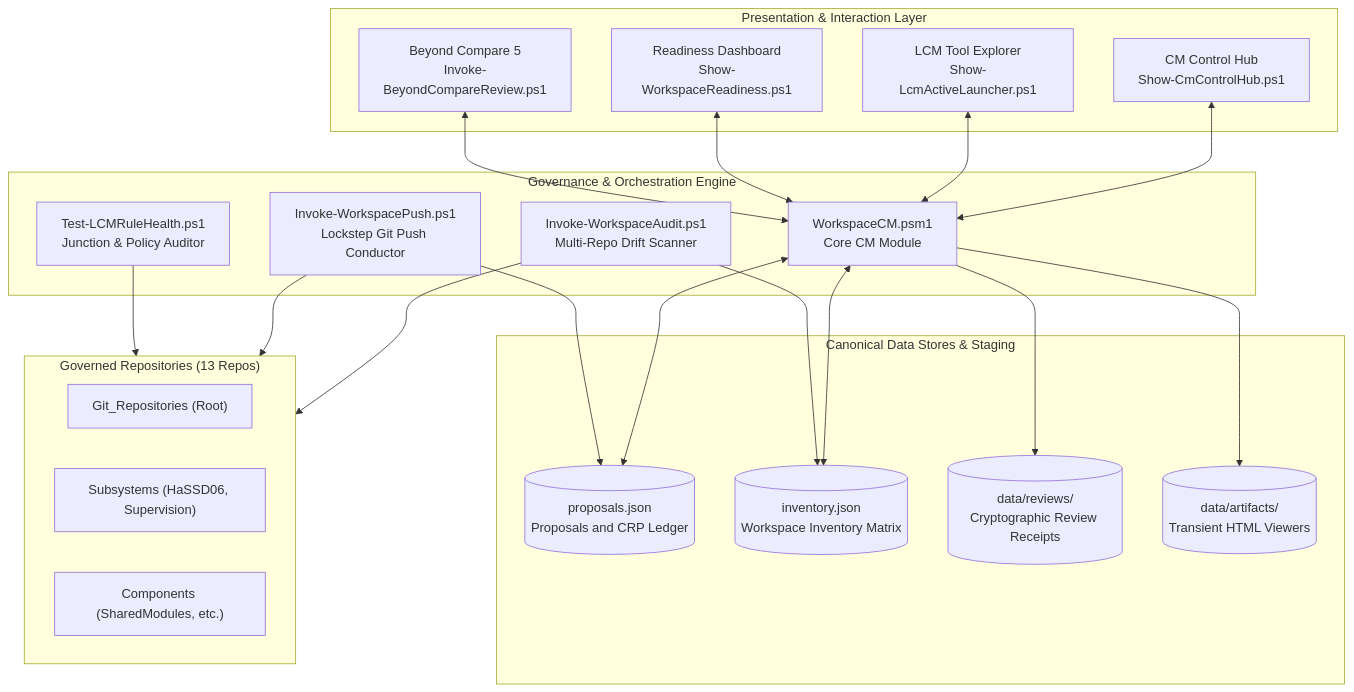
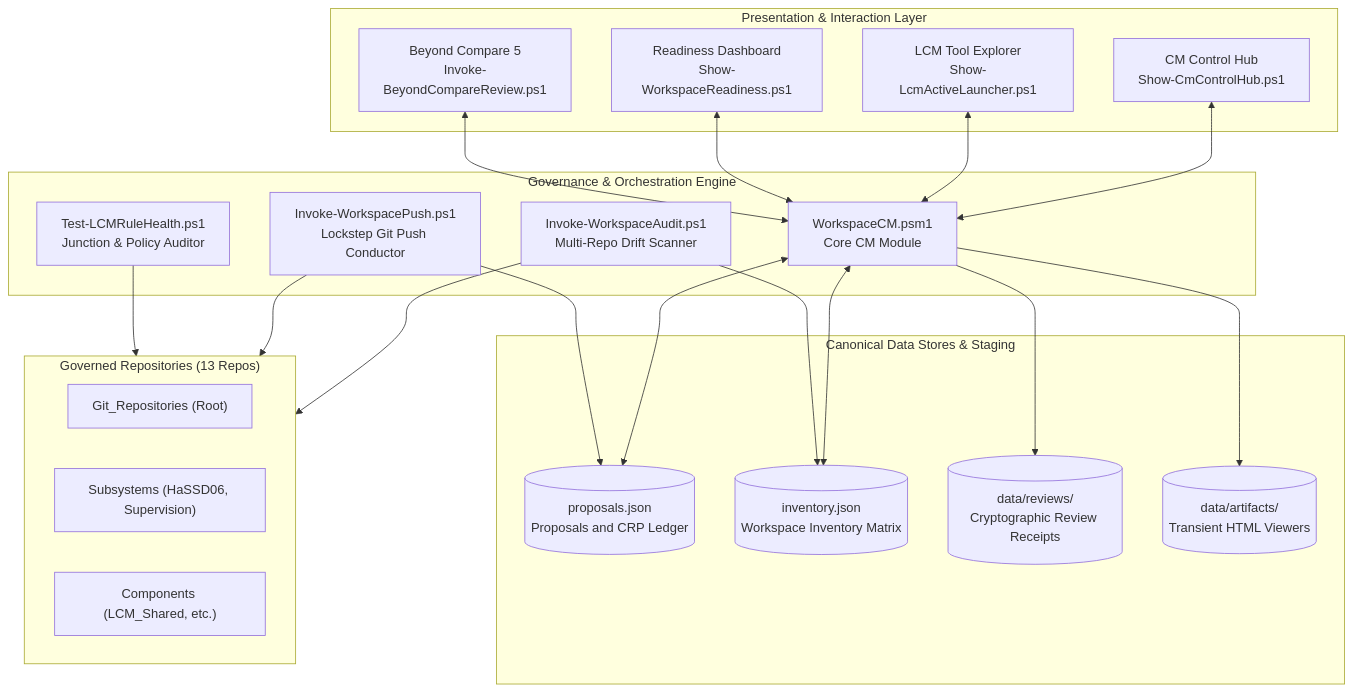
Before and after one commit to rgbigel/LCM_Inventory: the first of 4 diagrams in docs/Architecture.md, drawn with Mermaid. The commit also changed other lines of this file and 363 other files, not shown here.

````diff
--- a/docs/Architecture.md
+++ b/docs/Architecture.md
@@ -22,46 +22,46 @@
 ```mermaid
 graph TB
     subgraph UI_Layer["Presentation & Interaction Layer"]
         CM_HUB["CM Control Hub<br/>Show-CmControlHub.ps1"]
         TOOL_EXP["LCM Tool Explorer<br/>Show-LcmActiveLauncher.ps1"]
         READINESS_UI["Readiness Dashboard<br/>Show-WorkspaceReadiness.ps1"]
         BC_GATE["Beyond Compare 5<br/>Invoke-BeyondCompareReview.ps1"]
     end
 
     subgraph Control_Layer["Governance & Orchestration Engine"]
         CM_MOD["WorkspaceCM.psm1<br/>Core CM Module"]
         AUDIT_ENG["Invoke-WorkspaceAudit.ps1<br/>Multi-Repo Drift Scanner"]
         PUSH_ENG["Invoke-WorkspacePush.ps1<br/>Lockstep Git Push Conductor"]
         HEALTH_ENG["Test-LCMRuleHealth.ps1<br/>Junction & Policy Auditor"]
     end
 
     subgraph Persistence_Layer["Canonical Data Stores & Staging"]
         PROP_LEDGER[("proposals.json<br/>Proposals and CRP Ledger")]
         INV_LEDGER[("inventory.json<br/>Workspace Inventory Matrix")]
         REV_RECEIPTS[("data/reviews/<br/>Cryptographic Review Receipts")]
         ARTIFACTS[("data/artifacts/<br/>Transient HTML Viewers")]
     end
 
     subgraph Governed_Space["Governed Repositories (13 Repos)"]
         REPO_ROOT["Git_Repositories (Root)"]
         REPO_SUBS["Subsystems (HaSSD06, Supervision)"]
-        REPO_COMPS["Components (SharedModules, etc.)"]
+        REPO_COMPS["Components (LCM_Shared, etc.)"]
     end
 
     CM_HUB <--> CM_MOD
     TOOL_EXP <--> CM_MOD
     READINESS_UI <--> CM_MOD
     BC_GATE <--> CM_MOD
 
     CM_MOD <--> PROP_LEDGER
     CM_MOD <--> INV_LEDGER
     CM_MOD --> REV_RECEIPTS
     CM_MOD --> ARTIFACTS
 
     AUDIT_ENG --> INV_LEDGER
     AUDIT_ENG --> Governed_Space
     PUSH_ENG --> PROP_LEDGER
     PUSH_ENG --> Governed_Space
     HEALTH_ENG --> Governed_Space
 
 ```
````
